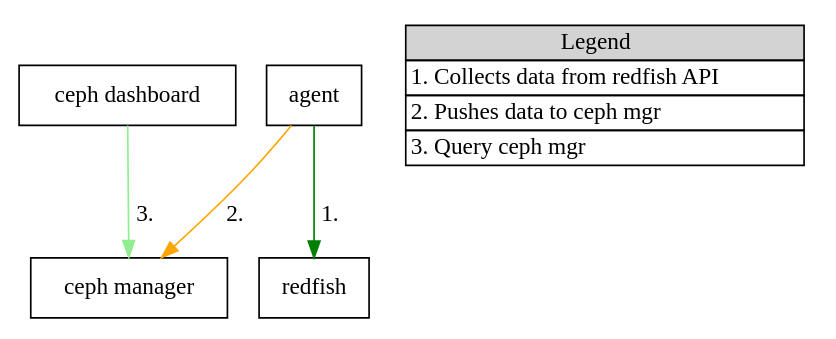
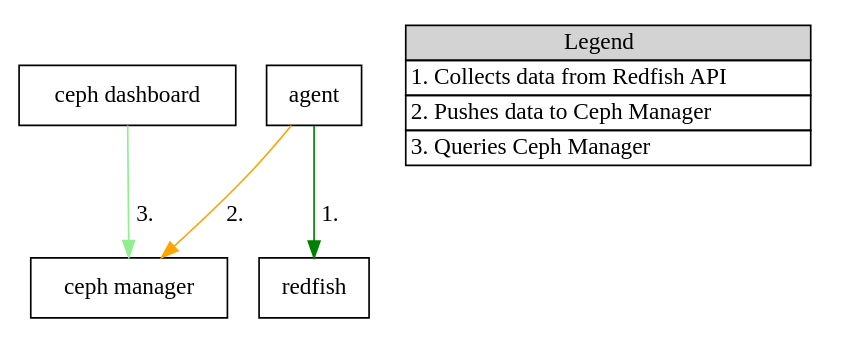
The diagram in ceph/doc/hardware-monitoring/index.rst (proxmox/ceph), drawn with Graphviz before and after one commit. The commit also changed other lines of this file and 17781 other files, not shown here.

```diff
--- a/ceph/doc/hardware-monitoring/index.rst
+++ b/ceph/doc/hardware-monitoring/index.rst
@@ -9,20 +14,20 @@
 .. graphviz::
 
      digraph G {
          node [shape=record];
          mgr [label="{<mgr> ceph manager}"];
          dashboard [label="<dashboard> ceph dashboard"];
          agent [label="<agent> agent"];
          redfish [label="<redfish> redfish"];
      
          agent -> redfish [label=" 1." color=green];
          agent -> mgr [label=" 2." color=orange];
-         dashboard:dashboard -> mgr [label=" 3."color=lightgreen];
+         dashboard:dashboard -> mgr [label=" 3." color=lightgreen];
          node [shape=plaintext];
          legend [label=<<table border="0" cellborder="1" cellspacing="0">
              <tr><td bgcolor="lightgrey">Legend</td></tr>
-             <tr><td align="center">1. Collects data from redfish API</td></tr>
-             <tr><td align="left">2. Pushes data to ceph mgr</td></tr>
-             <tr><td align="left">3. Query ceph mgr</td></tr>
+             <tr><td align="center">1. Collects data from Redfish API</td></tr>
+             <tr><td align="left">2. Pushes data to Ceph Manager</td></tr>
+             <tr><td align="left">3. Queries Ceph Manager</td></tr>
          </table>>];
      }
```
